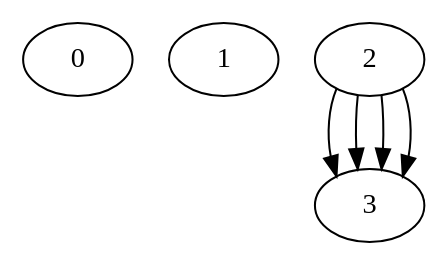
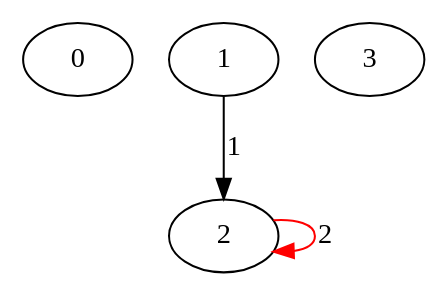
One commit to MichaelKolesnikov/Graphs changed the diagram in Visualization/output_graph.dot. Above: the diagram before and after it, drawn with Graphviz. The commit also changed 7 other files, not shown here.

```diff
--- a/Visualization/output_graph.dot
+++ b/Visualization/output_graph.dot
@@ -1,14 +1,10 @@
 digraph G {
 0;
 1;
 2;
 3;
-2 -> 3 []
+1 -> 2 [label=1color=black]
 ;
-2 -> 3 []
-;
-2 -> 3 []
-;
-2 -> 3 []
+2 -> 2 [label=2color=red]
 ;
 }
```
